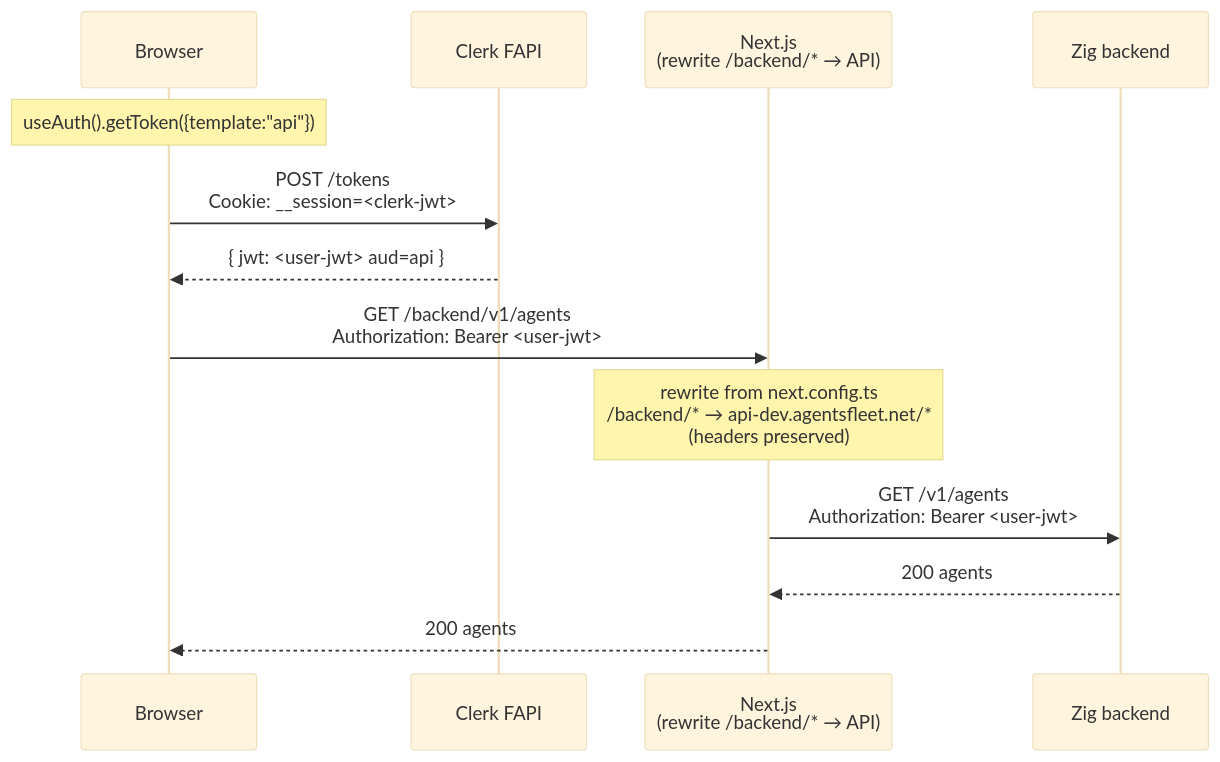
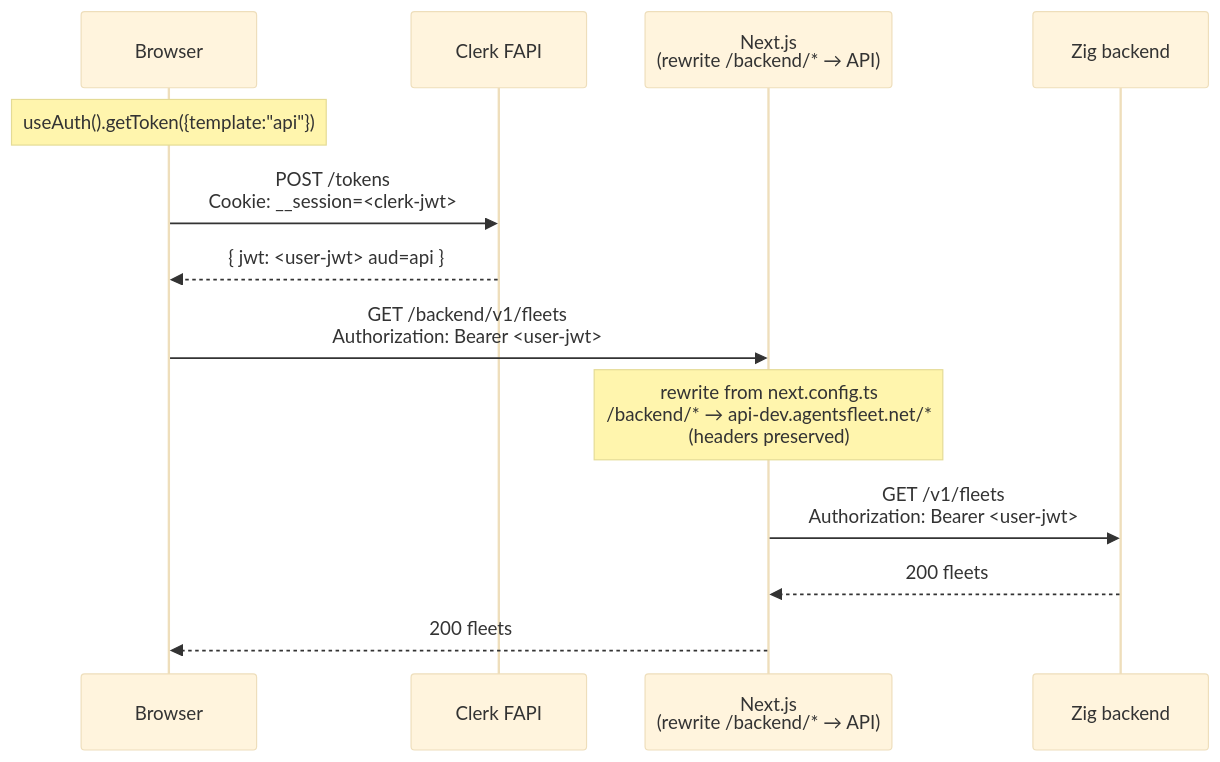
The second of 9 diagrams in docs/AUTH.md (agentsfleet/agentsfleet), drawn with Mermaid (base theme) before and after one commit. The commit also changed other lines of this file and 787 other files, not shown here.

First line of the commit message:
chore(m94): WIP snapshot — fleet-bundle scaffolding + architecture docs reconciled

````diff
--- a/docs/AUTH.md
+++ b/docs/AUTH.md
@@ -156,17 +156,17 @@
 ```mermaid
 sequenceDiagram
     participant Browser
     participant Clerk as Clerk FAPI
     participant Next as Next.js<br/>(rewrite /backend/* → API)
     participant API as Zig backend
 
     Note over Browser: useAuth().getToken({template:"api"})
     Browser->>Clerk: POST /tokens<br/>Cookie: __session=<clerk-jwt>
     Clerk-->>Browser: { jwt: <user-jwt> aud=api }
 
-    Browser->>Next: GET /backend/v1/agents<br/>Authorization: Bearer <user-jwt>
+    Browser->>Next: GET /backend/v1/fleets<br/>Authorization: Bearer <user-jwt>
     Note over Next: rewrite from next.config.ts<br/>/backend/* → api-dev.agentsfleet.net/*<br/>(headers preserved)
-    Next->>API: GET /v1/agents<br/>Authorization: Bearer <user-jwt>
-    API-->>Next: 200 agents
-    Next-->>Browser: 200 agents
+    Next->>API: GET /v1/fleets<br/>Authorization: Bearer <user-jwt>
+    API-->>Next: 200 fleets
+    Next-->>Browser: 200 fleets
 ```
````
